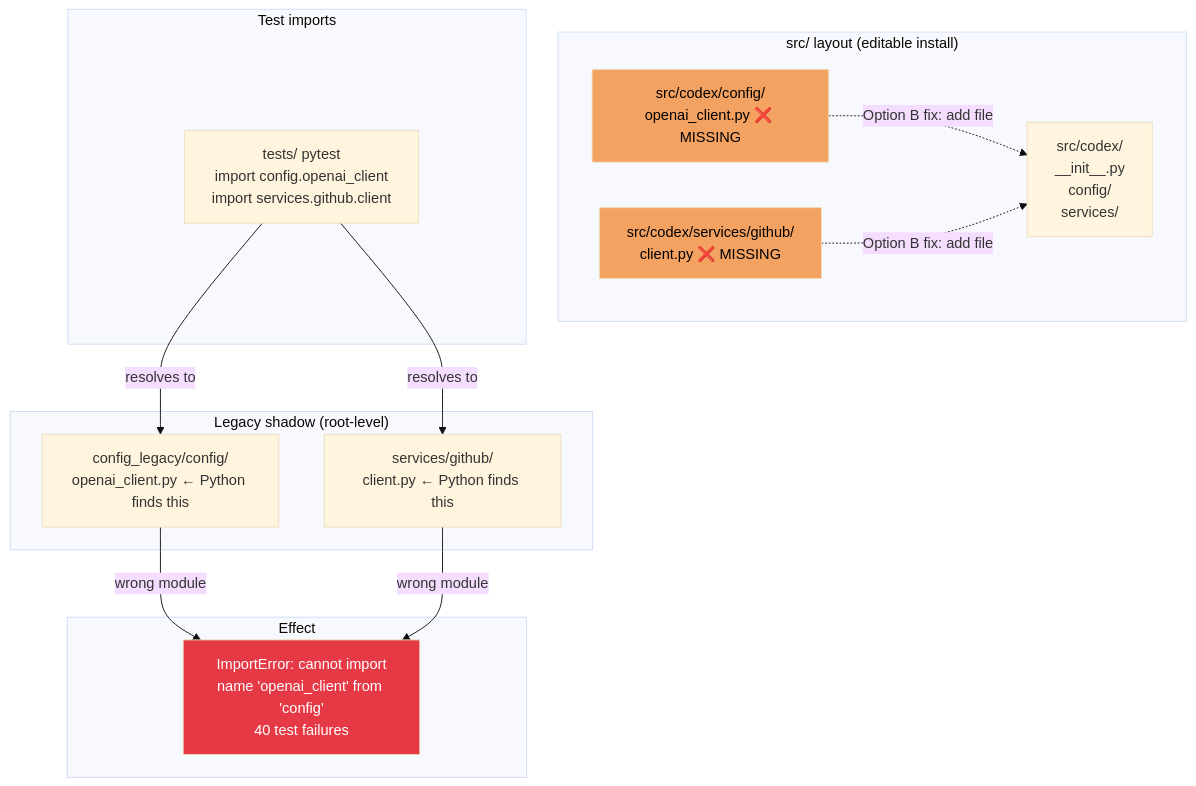
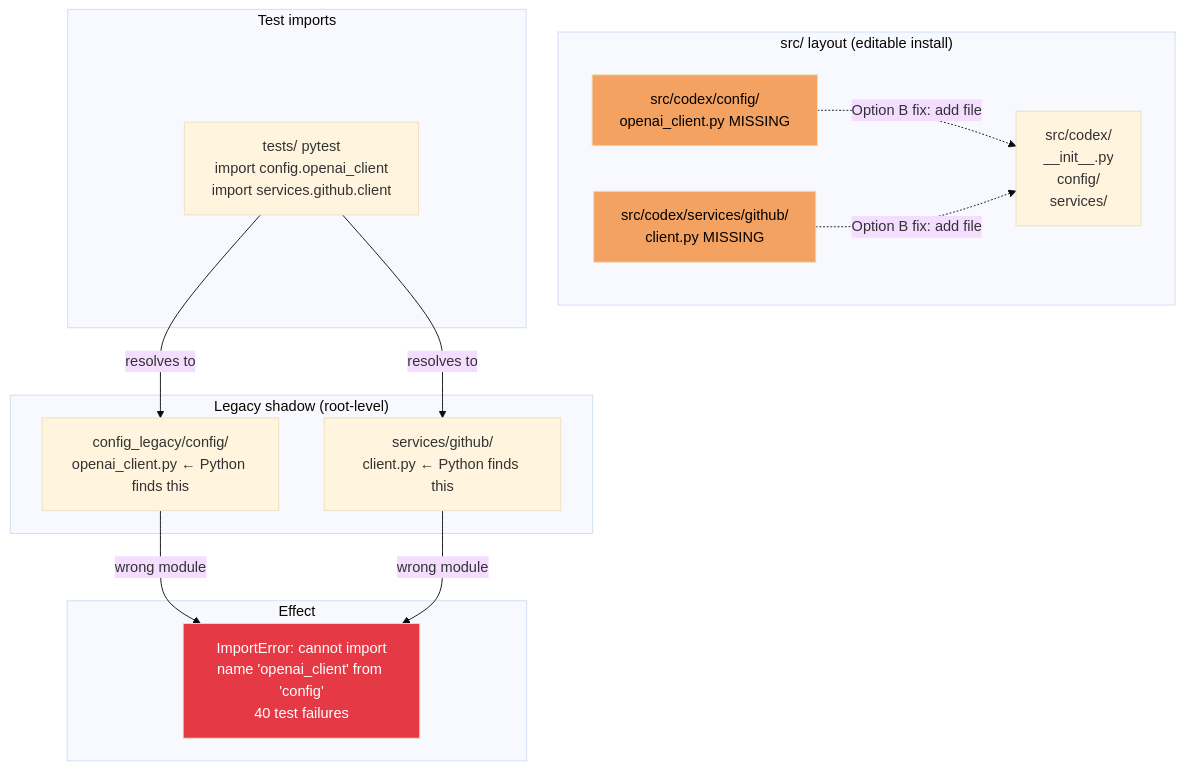
One commit to Aries-Serpent/_codex_ changed the tenth of 18 diagrams in docs/CODEBASE_MERMAID_MAPS.md. Above: the diagram before and after it, drawn with Mermaid (base theme). The commit also changed other lines of this file and 2029 other files, not shown here.

````diff
--- a/docs/CODEBASE_MERMAID_MAPS.md
+++ b/docs/CODEBASE_MERMAID_MAPS.md
@@ -383,32 +385,32 @@
 ```mermaid
-%%{init: {'accessibility': {'title': 'Flowchart showing src/codex/\n__init__.py\nconfig/\nservices/, src/codex/config/\nopenai_client.py ❌ MISSING'}}%%
+%%{init: {'accessibility': {'title': 'Flowchart showing src/codex/\n__init__.py\nconfig/\nservices/, src/codex/config/\nopenai_client.py  MISSING'}}%%
 graph TD
     subgraph "src/ layout (editable install)"
         SRC_CODEX[src/codex/\n__init__.py\nconfig/\nservices/]
-        SRC_CONFIG[src/codex/config/\nopenai_client.py ❌ MISSING]
-        SRC_SVC[src/codex/services/github/\nclient.py ❌ MISSING]
+        SRC_CONFIG[src/codex/config/\nopenai_client.py  MISSING]
+        SRC_SVC[src/codex/services/github/\nclient.py  MISSING]
     end
 
     subgraph "Legacy shadow (root-level)"
         LEGACY_CONFIG[config_legacy/config/\nopenai_client.py ← Python finds this]
         LEGACY_SVC[services/github/\nclient.py ← Python finds this]
     end
 
     subgraph "Test imports"
         TEST[tests/ pytest\nimport config.openai_client\nimport services.github.client]
     end
 
     subgraph "Effect"
         ERR[ImportError: cannot import\nname 'openai_client' from 'config'\n40 test failures]
     end
 
     TEST -->|resolves to| LEGACY_CONFIG & LEGACY_SVC
     LEGACY_CONFIG & LEGACY_SVC -->|wrong module| ERR
 
     SRC_CONFIG -.->|Option B fix: add file| SRC_CODEX
     SRC_SVC -.->|Option B fix: add file| SRC_CODEX
 
     style ERR fill:#e63946,color:#fff
     style SRC_CONFIG fill:#f4a261,color:#000
     style SRC_SVC fill:#f4a261,color:#000
 ```
````
